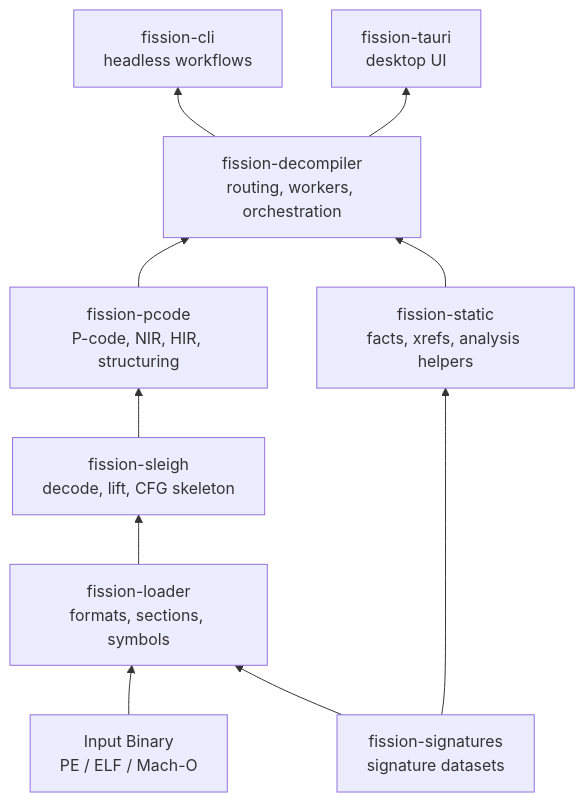
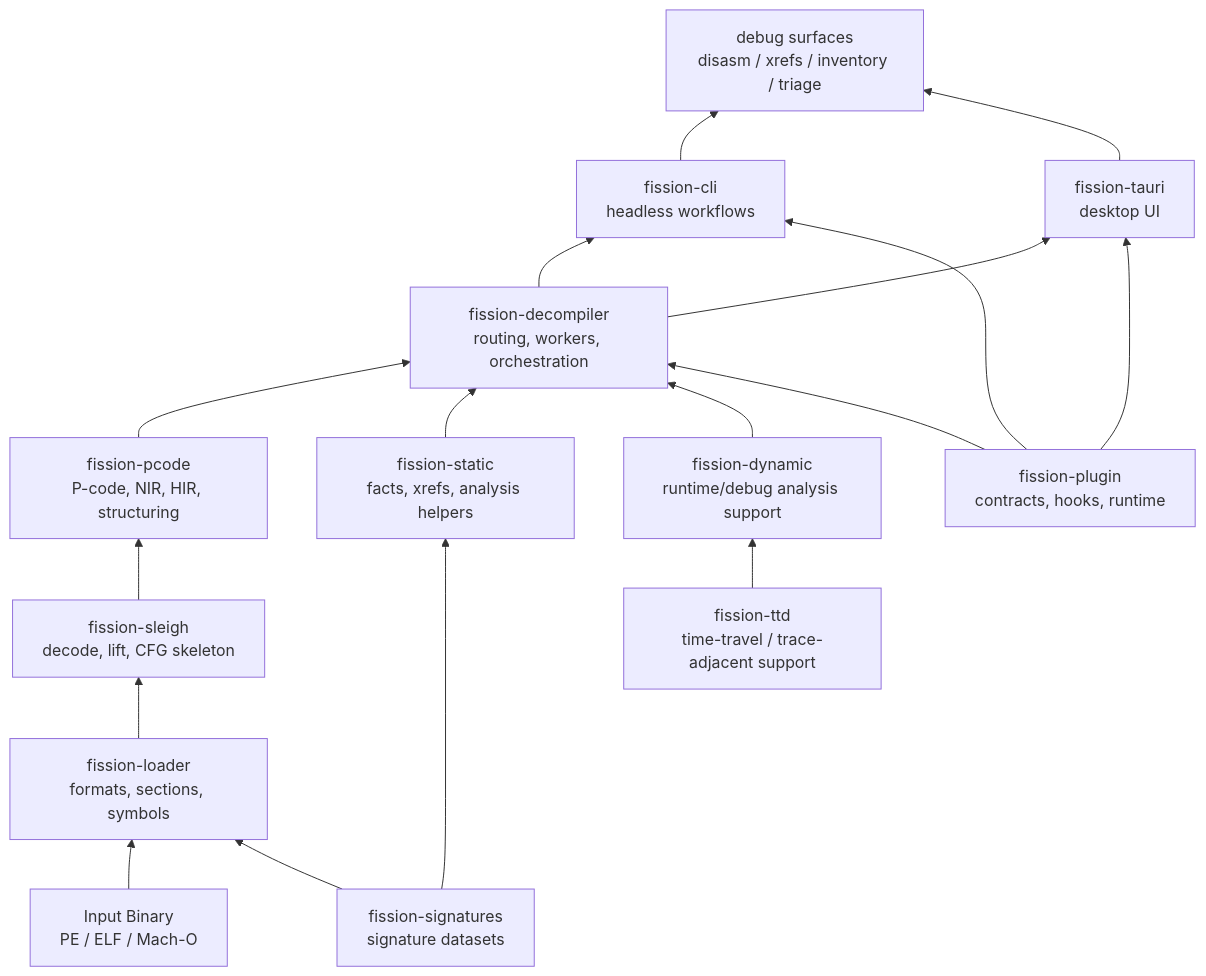
One commit to fission-systems/Fission changed the first of 2 diagrams in README.md. Above: the diagram before and after it, drawn with Mermaid. The commit also changed other lines of this file, not shown here.

Commit message:
docs(readme): update citation year and architecture surfaces

````diff
--- a/README.md
+++ b/README.md
@@ -38,12 +38,22 @@
 ```mermaid
 flowchart BT
     Binary["Input Binary<br/>PE / ELF / Mach-O"] --> Loader["fission-loader<br/>formats, sections, symbols"]
     Loader --> Sleigh["fission-sleigh<br/>decode, lift, CFG skeleton"]
     Sleigh --> Pcode["fission-pcode<br/>P-code, NIR, HIR, structuring"]
     Pcode --> Decompiler["fission-decompiler<br/>routing, workers, orchestration"]
-    Decompiler --> CLI["fission-cli<br/>headless workflows"]
-    Decompiler --> GUI["fission-tauri<br/>desktop UI"]
+
     Static["fission-static<br/>facts, xrefs, analysis helpers"] --> Decompiler
     Signatures["fission-signatures<br/>signature datasets"] --> Loader
     Signatures --> Static
+
+    Dynamic["fission-dynamic<br/>runtime/debug analysis support"] --> Decompiler
+    TTD["fission-ttd<br/>time-travel / trace-adjacent support"] --> Dynamic
+    Plugin["fission-plugin<br/>contracts, hooks, runtime"] --> Decompiler
+
+    Decompiler --> CLI["fission-cli<br/>headless workflows"]
+    Decompiler --> GUI["fission-tauri<br/>desktop UI"]
+    CLI --> Debug["debug surfaces<br/>disasm / xrefs / inventory / triage"]
+    GUI --> Debug
+    Plugin --> CLI
+    Plugin --> GUI
 ```
````
